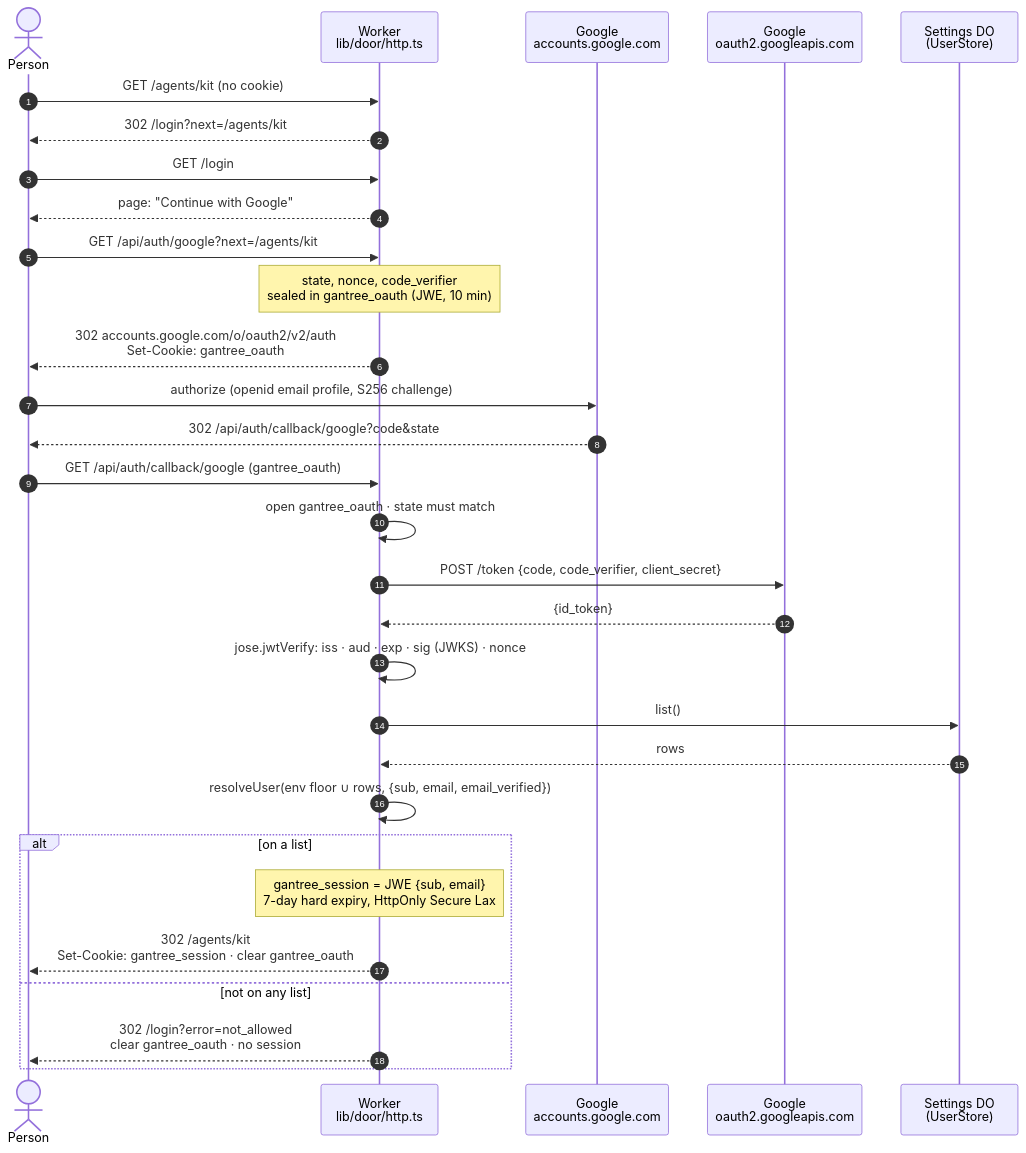
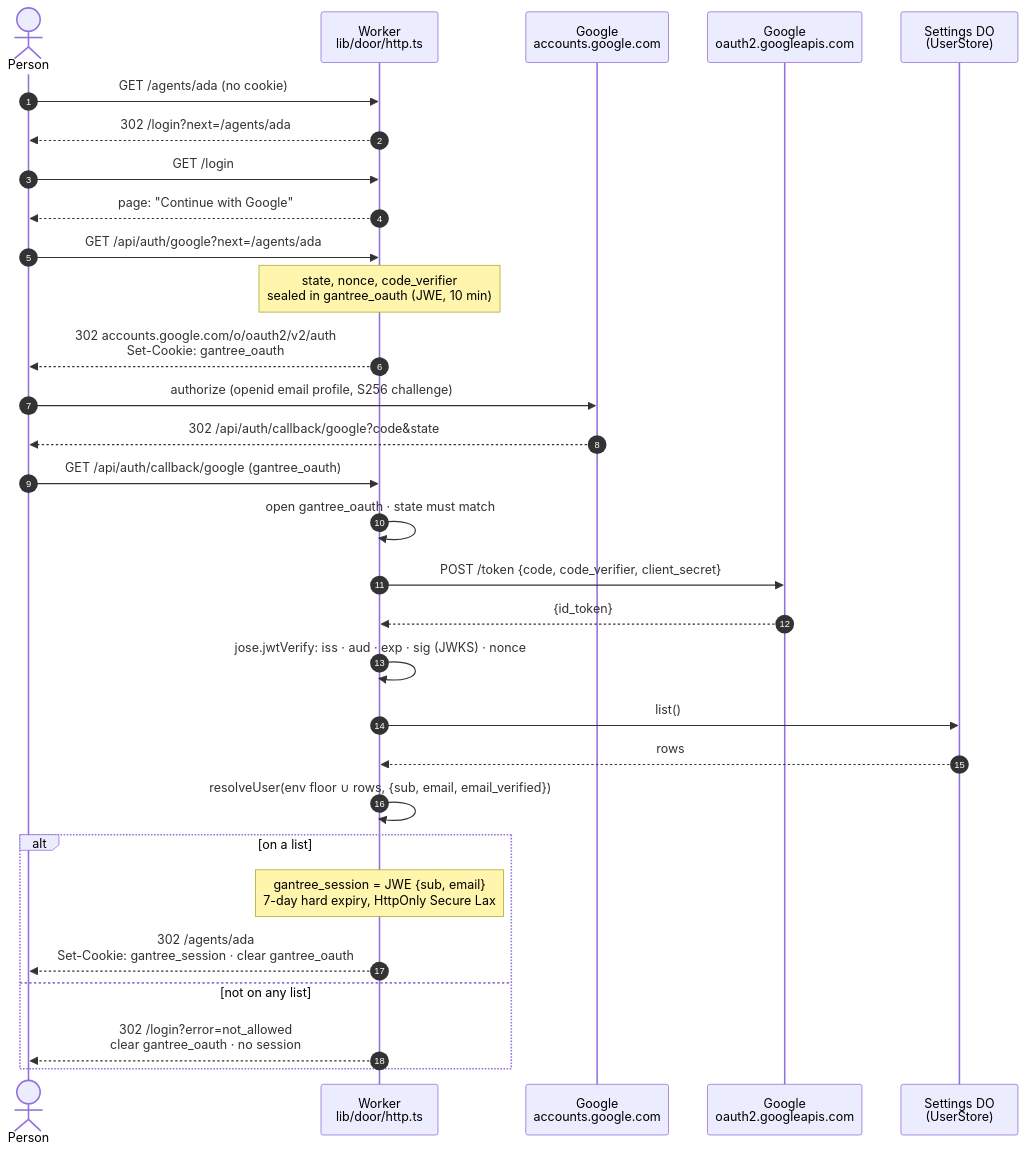
The fourth of 11 diagrams in docs/architecture.md (shotah/gantree2), drawn with Mermaid before and after one commit. The commit also changed other lines of this file and 103 other files, not shown here.

````diff
--- a/docs/architecture.md
+++ b/docs/architecture.md
@@ -185,33 +211,33 @@
 ```mermaid
 sequenceDiagram
   autonumber
   actor U as Person
   participant W as Worker<br/>lib/door/http.ts
   participant G as Google<br/>accounts.google.com
   participant T as Google<br/>oauth2.googleapis.com
   participant S as Settings DO<br/>(UserStore)
 
-  U->>W: GET /agents/kit (no cookie)
-  W-->>U: 302 /login?next=/agents/kit
+  U->>W: GET /agents/ada (no cookie)
+  W-->>U: 302 /login?next=/agents/ada
   U->>W: GET /login
   W-->>U: page: "Continue with Google"
-  U->>W: GET /api/auth/google?next=/agents/kit
+  U->>W: GET /api/auth/google?next=/agents/ada
   Note over W: state, nonce, code_verifier<br/>sealed in gantree_oauth (JWE, 10 min)
   W-->>U: 302 accounts.google.com/o/oauth2/v2/auth<br/>Set-Cookie: gantree_oauth
   U->>G: authorize (openid email profile, S256 challenge)
   G-->>U: 302 /api/auth/callback/google?code&state
   U->>W: GET /api/auth/callback/google (gantree_oauth)
   W->>W: open gantree_oauth · state must match
   W->>T: POST /token {code, code_verifier, client_secret}
   T-->>W: {id_token}
   W->>W: jose.jwtVerify: iss · aud · exp · sig (JWKS) · nonce
   W->>S: list()
   S-->>W: rows
   W->>W: resolveUser(env floor ∪ rows, {sub, email, email_verified})
   alt on a list
     Note over W: gantree_session = JWE {sub, email}<br/>7-day hard expiry, HttpOnly Secure Lax
-    W-->>U: 302 /agents/kit<br/>Set-Cookie: gantree_session · clear gantree_oauth
+    W-->>U: 302 /agents/ada<br/>Set-Cookie: gantree_session · clear gantree_oauth
   else not on any list
     W-->>U: 302 /login?error=not_allowed<br/>clear gantree_oauth · no session
   end
 ```
````
